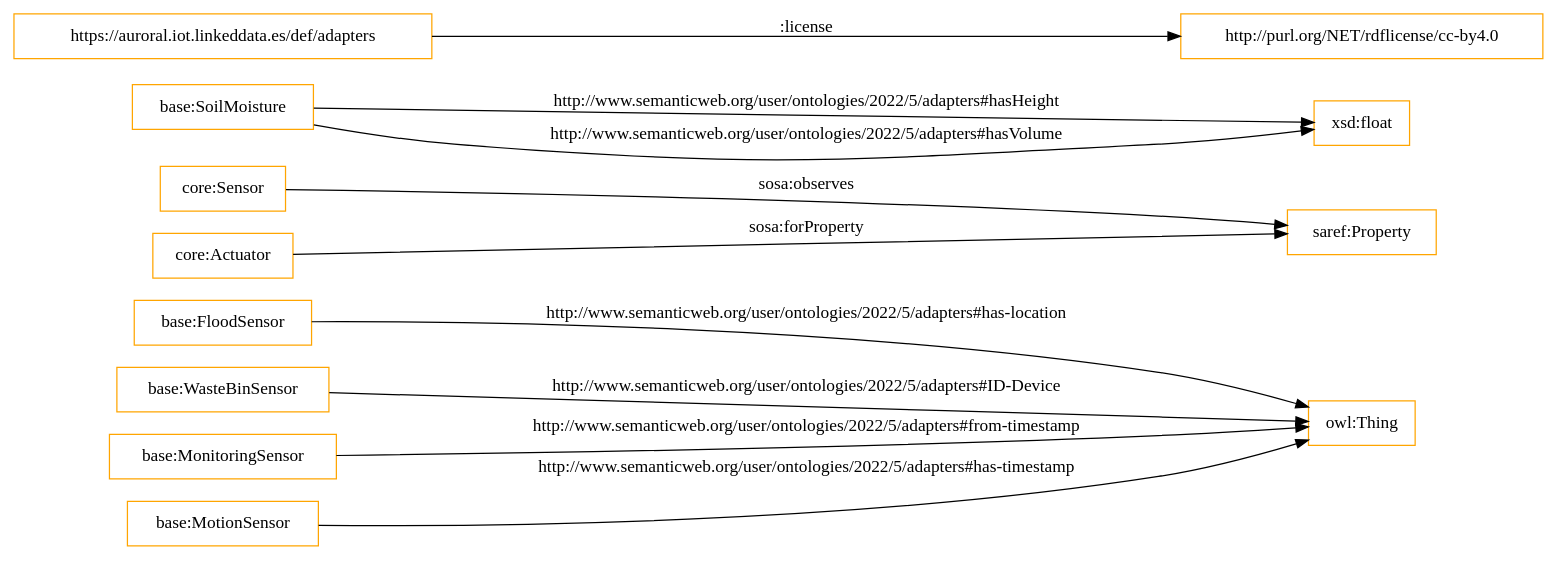
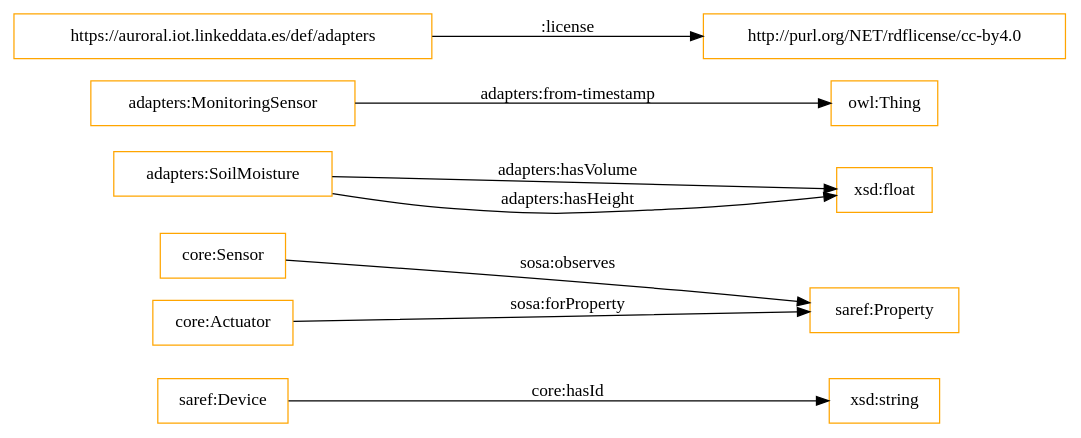
One commit to oeg-upm/auroral-adapters-ontology changed the diagram in OnToology/Ontology/adapters-ontology.owl/diagrams/ar2dtool-class/adapters-ontology.owl.png.dot. Above: the diagram before and after it, drawn with Graphviz. The commit also changed 13 other files, not shown here.

```diff
--- a/OnToology/Ontology/adapters-ontology.owl/diagrams/ar2dtool-class/adapters-ontology.owl.png.dot
+++ b/OnToology/Ontology/adapters-ontology.owl/diagrams/ar2dtool-class/adapters-ontology.owl.png.dot
@@ -1,15 +1,13 @@
 digraph ar2dtool_diagram { 
 rankdir=LR;
 size="1501"
-node [shape = rectangle, color="orange"]; "base:FloodSensor" "core:Sensor" "core:Actuator" "base:SoilMoisture" "base:WasteBinSensor" "saref:Property" "base:MonitoringSensor" "base:MotionSensor" ; /*classes style*/
+node [shape = rectangle, color="orange"]; "saref:Device" "core:Sensor" "core:Actuator" "adapters:SoilMoisture" "saref:Property" "adapters:MonitoringSensor" ; /*classes style*/
 	"https://auroral.iot.linkeddata.es/def/adapters" -> "http://purl.org/NET/rdflicense/cc-by4.0" [ label = ":license" ];
-	"base:SoilMoisture" -> "xsd:float" [ label = "http://www.semanticweb.org/user/ontologies/2022/5/adapters#hasHeight" ];
+	"saref:Device" -> "xsd:string" [ label = "core:hasId" ];
 	"core:Actuator" -> "saref:Property" [ label = "sosa:forProperty" ];
-	"base:SoilMoisture" -> "xsd:float" [ label = "http://www.semanticweb.org/user/ontologies/2022/5/adapters#hasVolume" ];
-	"base:FloodSensor" -> "owl:Thing" [ label = "http://www.semanticweb.org/user/ontologies/2022/5/adapters#has-location" ];
+	"adapters:SoilMoisture" -> "xsd:float" [ label = "adapters:hasVolume" ];
 	"core:Sensor" -> "saref:Property" [ label = "sosa:observes" ];
-	"base:MonitoringSensor" -> "owl:Thing" [ label = "http://www.semanticweb.org/user/ontologies/2022/5/adapters#from-timestamp" ];
-	"base:MotionSensor" -> "owl:Thing" [ label = "http://www.semanticweb.org/user/ontologies/2022/5/adapters#has-timestamp" ];
-	"base:WasteBinSensor" -> "owl:Thing" [ label = "http://www.semanticweb.org/user/ontologies/2022/5/adapters#ID-Device" ];
+	"adapters:MonitoringSensor" -> "owl:Thing" [ label = "adapters:from-timestamp" ];
+	"adapters:SoilMoisture" -> "xsd:float" [ label = "adapters:hasHeight" ];
 
 }
```
